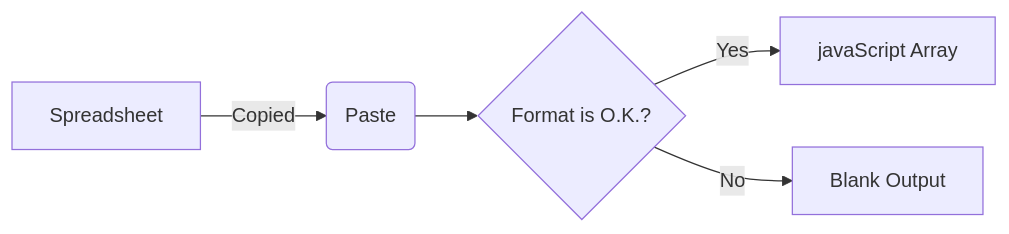
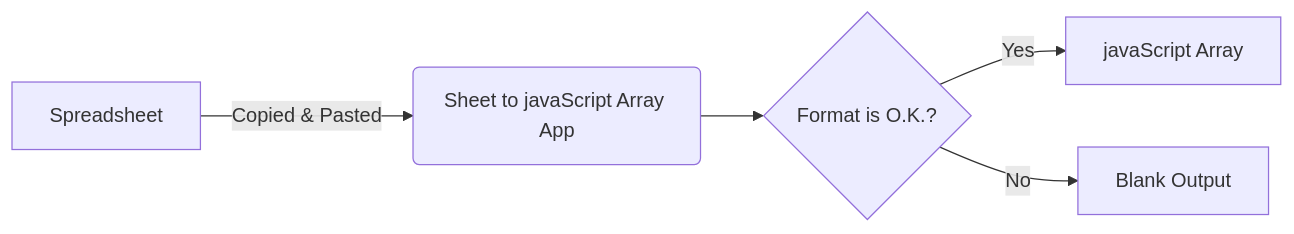
One commit to Kietpawpan/sheetToArray changed the diagram in README.md. Above: the diagram before and after it, drawn with Mermaid.

````diff
--- a/README.md
+++ b/README.md
@@ -46,8 +46,8 @@
 ```mermaid
 flowchart LR
 
-A[Spreadsheet] -->|Copied| B(Paste)
+A[Spreadsheet] -->|Copied & Pasted| B(Sheet to javaScript Array App)
 B --> C{Format is O.K.?}
 C -->|Yes| D[javaScript Array]
 C -->|No| E[Blank Output]
 ```
````
